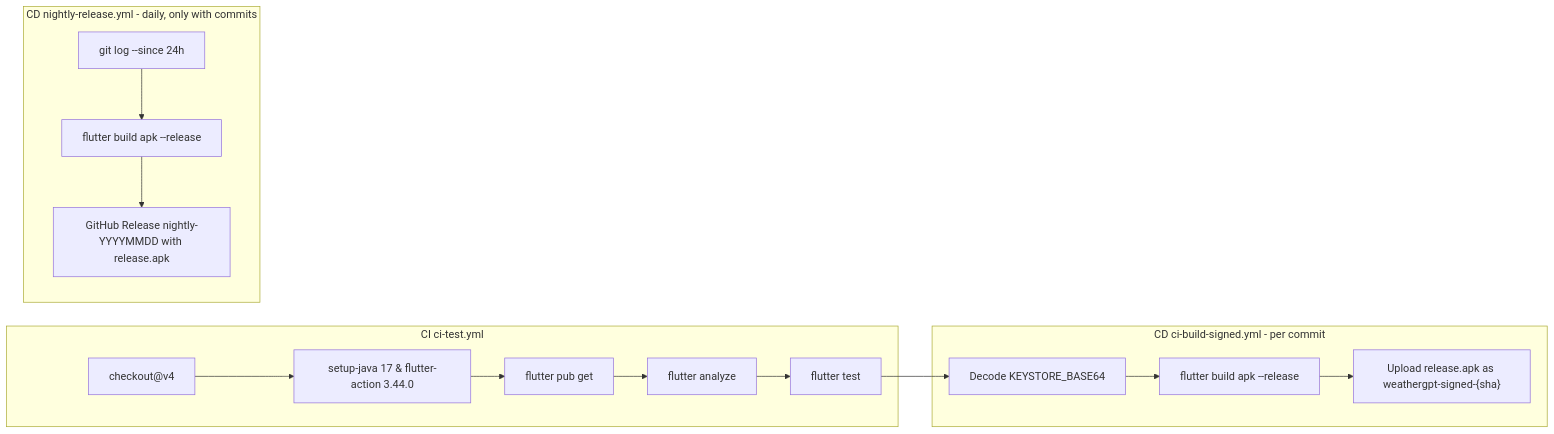
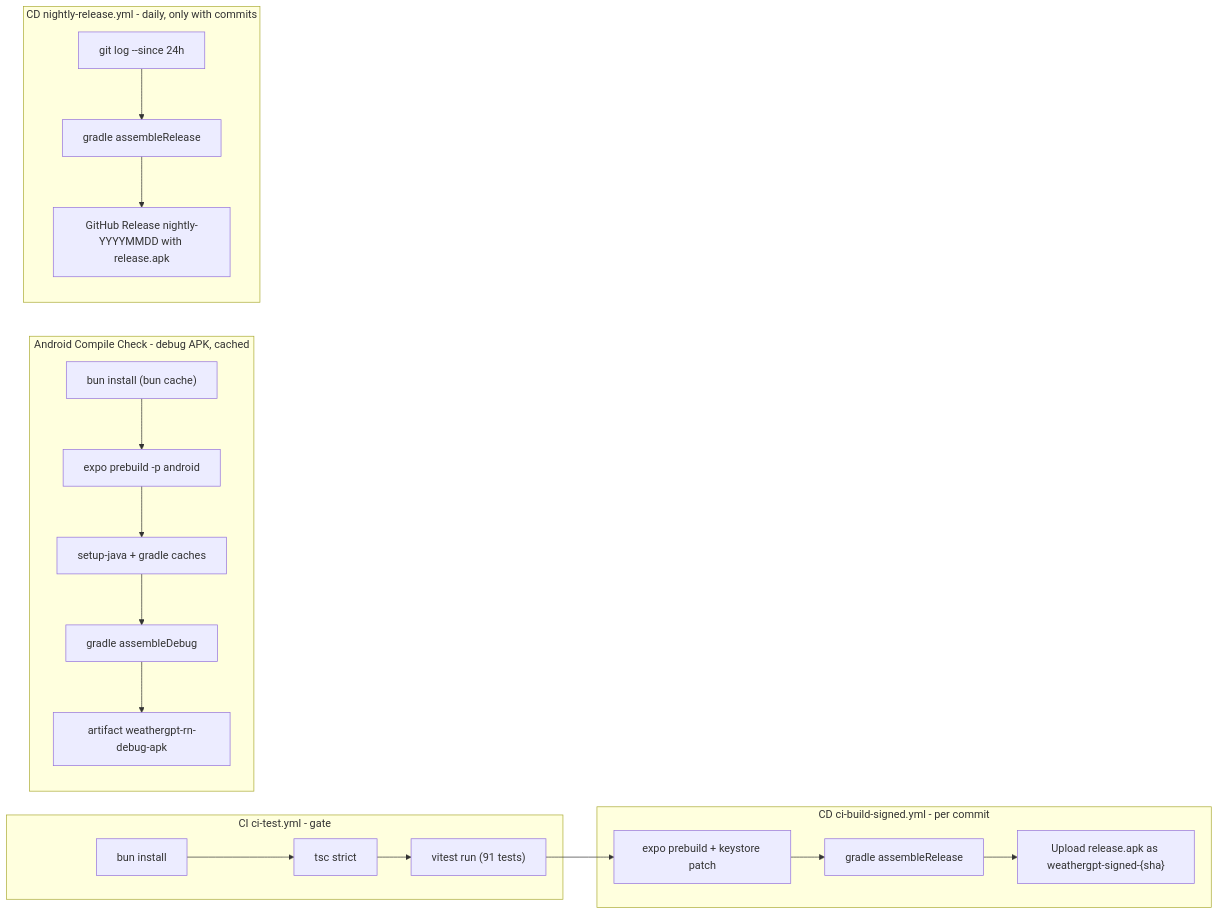
Before and after one commit to omsenjalia/weathergpt-app: the sixth of 7 diagrams in ARCHITECTURE.md, drawn with Mermaid. The commit also changed other lines of this file and 4 other files, not shown here.

First line of the commit message:
Cache Android CI and restore release workflows (Expo/RN)

````diff
--- a/ARCHITECTURE.md
+++ b/ARCHITECTURE.md
@@ -679,18 +681,22 @@
 ```mermaid
 graph LR
-    subgraph "CI ci-test.yml"
-        T1["checkout@v4"] --> T2["setup-java 17 & flutter-action 3.44.0"]
-        T2 --> T3["flutter pub get"]
-        T3 --> T4["flutter analyze"]
-        T4 --> T5["flutter test"]
+    subgraph "CI ci-test.yml - gate"
+        T1["bun install"] --> T2["tsc strict"]
+        T2 --> T3["vitest run (91 tests)"]
+    end
+    subgraph "Android Compile Check - debug APK, cached"
+        A1["bun install (bun cache)"] --> A2["expo prebuild -p android"]
+        A2 --> A3["setup-java + gradle caches"]
+        A3 --> A4["gradle assembleDebug"]
+        A4 --> A5["artifact weathergpt-rn-debug-apk"]
     end
     subgraph "CD ci-build-signed.yml - per commit"
-        B1["Decode KEYSTORE_BASE64"] --> B2["flutter build apk --release"]
+        B1["expo prebuild + keystore patch"] --> B2["gradle assembleRelease"]
         B2 --> B4["Upload release.apk as weathergpt-signed-{sha}"]
     end
     subgraph "CD nightly-release.yml - daily, only with commits"
-        N1["git log --since 24h"] --> N2["flutter build apk --release"]
+        N1["git log --since 24h"] --> N2["gradle assembleRelease"]
         N2 --> N3["GitHub Release nightly-YYYYMMDD with release.apk"]
     end
-    T5 --> B1
+    T3 --> B1
 ```
````
